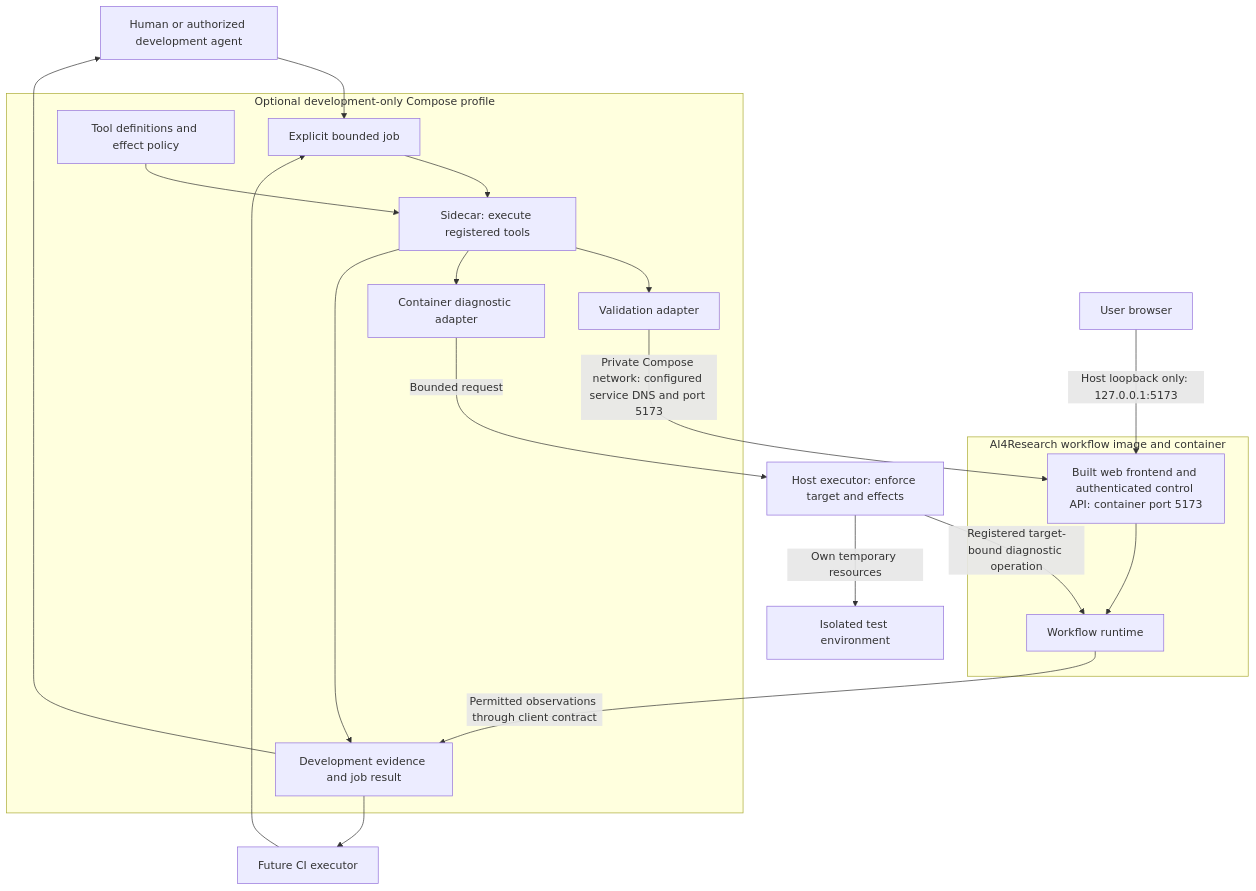
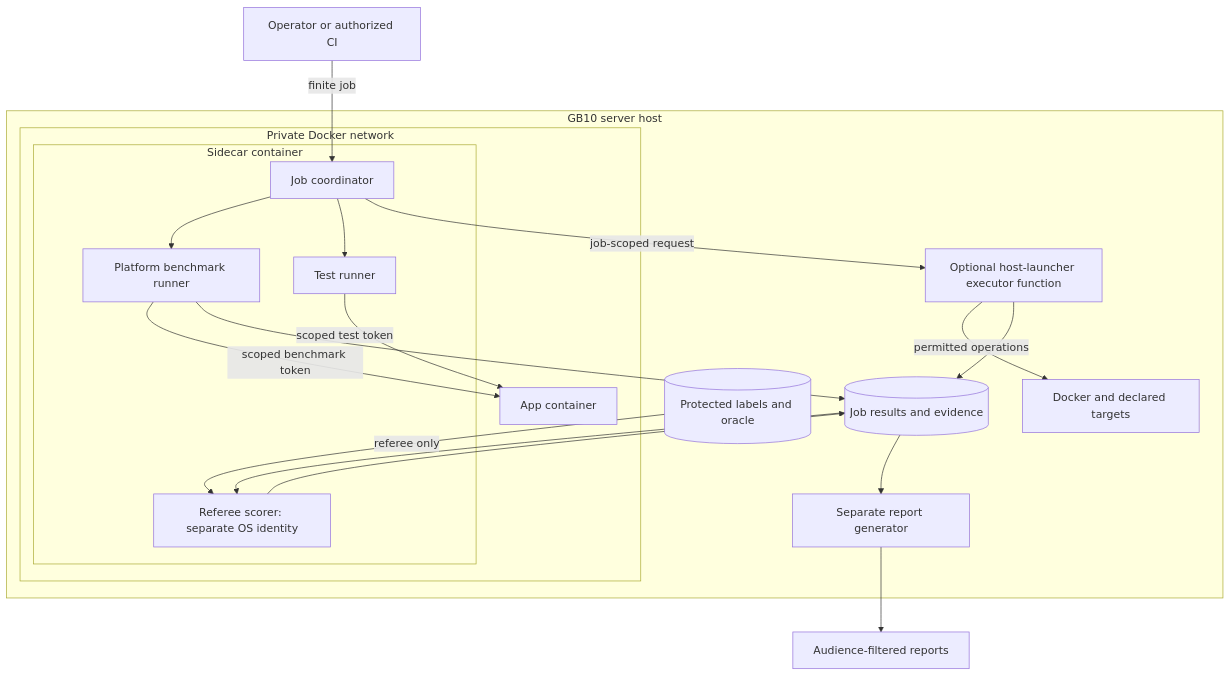
One commit to Stellven/jiuwenswarm changed the diagram in docs/architecture/design-package/development-tools/sidecar/README.md. Above: the diagram before and after it, drawn with Mermaid. The commit also changed other lines of this file and 380 other files, not shown here.

````diff
--- a/docs/architecture/design-package/development-tools/sidecar/README.md
+++ b/docs/architecture/design-package/development-tools/sidecar/README.md
@@ -13,25 +11,33 @@
 ```mermaid
 flowchart TB
-    Operator[Human or authorized development agent] --> Job[Explicit bounded job]
-    CI[Future CI executor] --> Job
-    subgraph Dev[Optional development-only Compose profile]
-        Job --> Runner[Sidecar: execute registered tools]
-        Registry[Tool definitions and effect policy] --> Runner
-        Runner --> Validate[Validation adapter]
-        Runner --> Diagnose[Container diagnostic adapter]
-        Runner --> Reports[Development evidence and job result]
+    O[Operator or authorized CI] -->|finite job| S
+    subgraph H[GB10 server host]
+      subgraph N[Private Docker network]
+        subgraph SC[Sidecar container]
+          S[Job coordinator]
+          B[Platform benchmark runner]
+          T[Test runner]
+          F[Referee scorer: separate OS identity]
+          S --> B
+          S --> T
+        end
+        A[App container]
+      end
+      X[Optional host-launcher executor function]
+      R[(Job results and evidence)]
+      L[(Protected labels and oracle)]
+      G[Separate report generator]
+      D[Docker and declared targets]
     end
-    Browser[User browser] -->|Host loopback only: 127.0.0.1:5173| AppWeb
-    subgraph App[AI4Research workflow image and container]
-        AppWeb[Built web frontend and authenticated control API: container port 5173]
-        Runtime[Workflow runtime]
-        AppWeb --> Runtime
-    end
-    Validate -->|Private Compose network: configured service DNS and port 5173| AppWeb
-    Diagnose -->|Bounded request| Host[Host executor: enforce target and effects]
-    Host -->|Registered target-bound diagnostic operation| Runtime
-    Host -->|Own temporary resources| Env[Isolated test environment]
-    Runtime -->|Permitted observations through client contract| Reports
-    Reports --> Operator
-    Reports --> CI
+    B -->|scoped benchmark token| A
+    T -->|scoped test token| A
+    S -->|job-scoped request| X
+    X -->|permitted operations| D
+    X --> R
+    B --> R
+    R --> F
+    L -->|referee only| F
+    F --> R
+    R --> G
+    G --> P[Audience-filtered reports]
 ```
````
